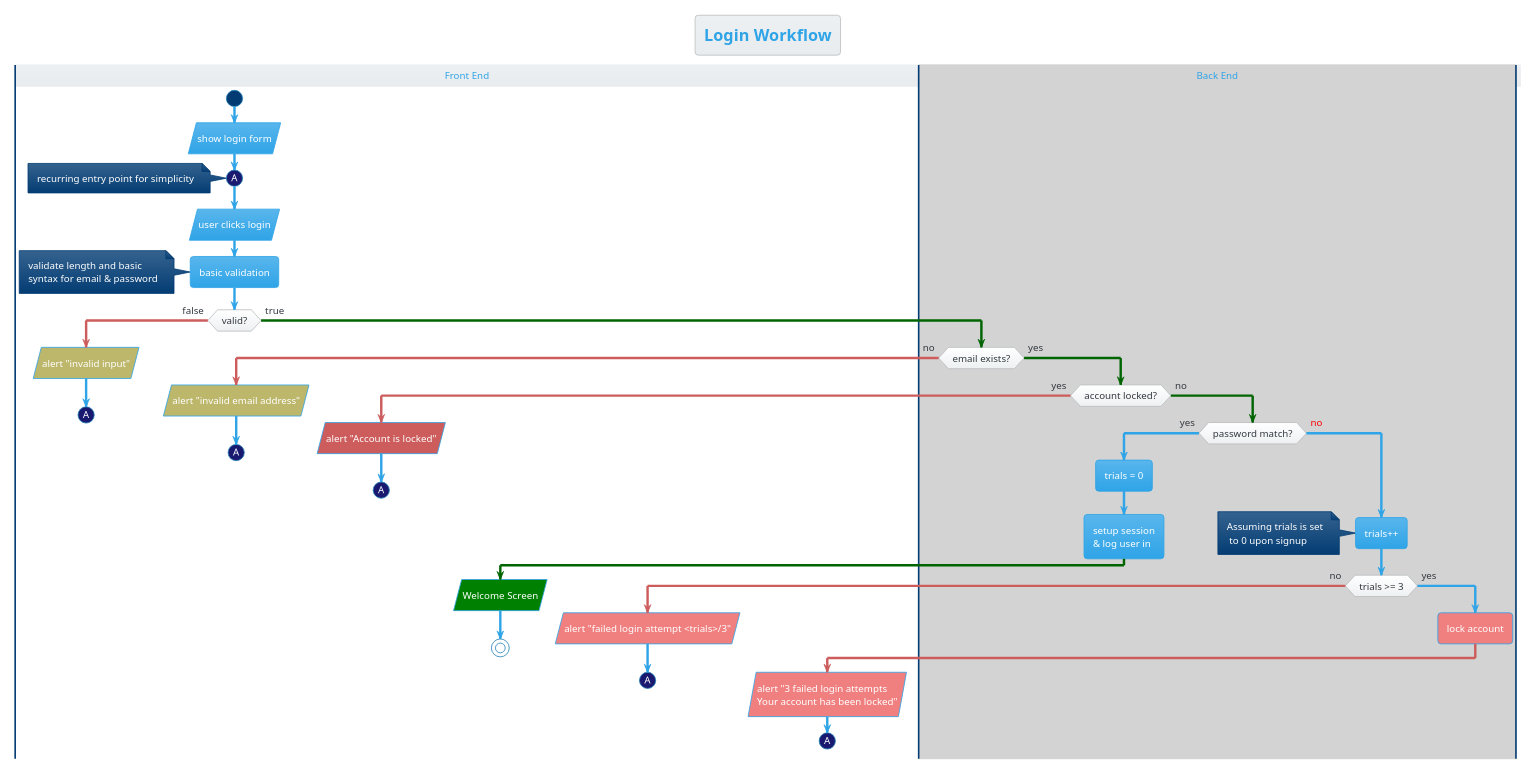
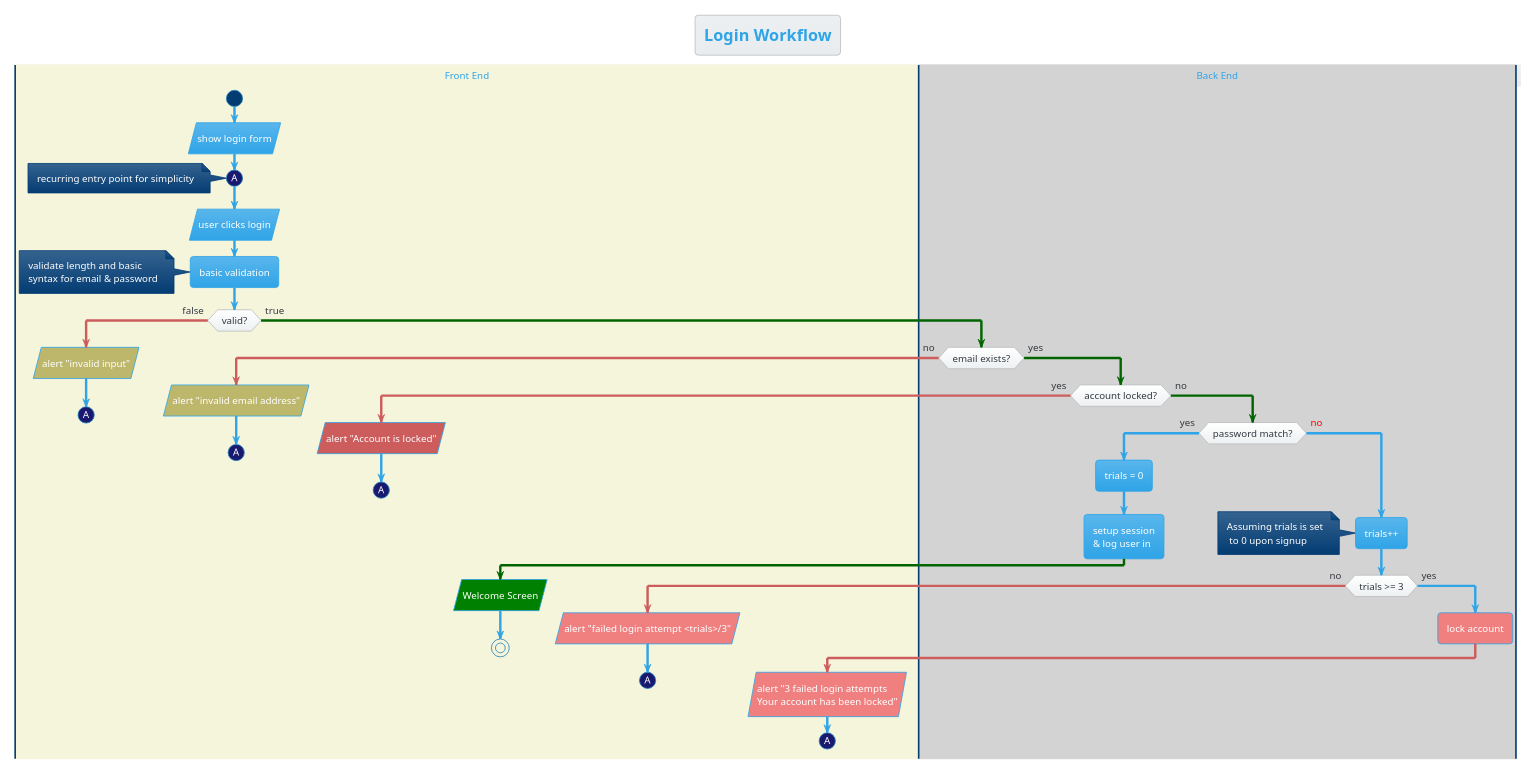
Before and after one commit to HossamElwahsh/sprints-automotive: the diagram in SWE/SWE_01_DrawYourFirstFlowChart/Login_Flowchart.puml, drawn with PlantUML.

Commit message:
update <SWE>: login flowchart front_end section background

```diff
--- a/SWE/SWE_01_DrawYourFirstFlowChart/Login_Flowchart.puml
+++ b/SWE/SWE_01_DrawYourFirstFlowChart/Login_Flowchart.puml
@@ -1,82 +1,82 @@
 @startuml
 'https://plantuml.com/activity-diagram-beta
 'Author: Hossam Elwahsh
 !theme cerulean
 
 title Login Workflow
 scale 1000 width
 
-|Front End|
+|#beige|Front End|
 
 start
 |#lightgray|Back End|
 |Front End|
 
 :show login form/
 #midnightblue:(A)
 note left:recurring entry point for simplicity
 label login_form
 :user clicks login/
 :basic validation;
 note left: validate length and basic\nsyntax for email & password
 if(valid?) then (false)
     -[#indianred]->
     #darkkhaki:alert "invalid input"/
     #midnightblue:(A)
     detach
 else (true)
     -[#darkgreen]->
     |Back End|
     if(email exists?) then (no)
         -[#indianred]->
         |Front End|
         #darkkhaki:alert "invalid email address"/
         #midnightblue:(A)
         detach
     else (yes)
         -[#darkgreen]->
         |Back End|
         if(account locked?) then (yes)
                 -[#indianred]->
                 |Front End|
                 #indianred:alert "Account is locked"/
                 #midnightblue:(A)
                 detach
             else (no)
             -[#darkgreen]->
             |Back End|
             if(password match?) then (yes)
                 :trials = 0;
                 :setup session\n& log user in;
                 -[#darkgreen]->
                 |Front End|
                 #green:Welcome Screen/
                 stop
             else (<color:red>no)
                 |Back End|
                 label sp_lab0
                 label sp_lab1
                 :trials++;
                 note left:Assuming trials is set\n to 0 upon signup
                 if(trials >= 3) then (no)
                     |Front End|
                     -[#indianred]->
                     #lightcoral:alert "failed login attempt <trials>/3"/
                     #midnightblue:(A)
                     detach
 
                 else (yes)
                     |Back End|
                     #lightcoral:lock account;
                     |Front End|
                     -[#indianred]->
                     #lightcoral:alert "3 failed login attempts\nYour account has been locked"/
                     #midnightblue:(A)
                     detach
 
 
 
 
 
 
 @enduml
```
